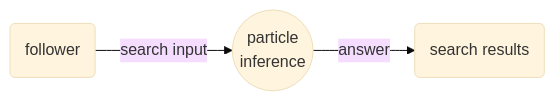
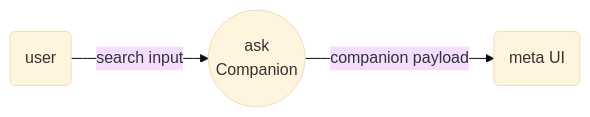
One commit to cybercongress/cyb-ts changed the third of 3 diagrams in docs/scripting.md. Above: the diagram before and after it, drawn with Mermaid (base theme). The commit also changed other lines of this file and 8 other files, not shown here.

````diff
--- a/docs/scripting.md
+++ b/docs/scripting.md
@@ -246,4 +250,4 @@
 ```mermaid
 graph LR
-E(follower) -- search input --> C(("particle<br/>inference")) -- answer --> D(search results)
+E(user) -- search input --> C(("ask<br/>Companion")) -- companion payload --> D(meta UI)
 ```
````
